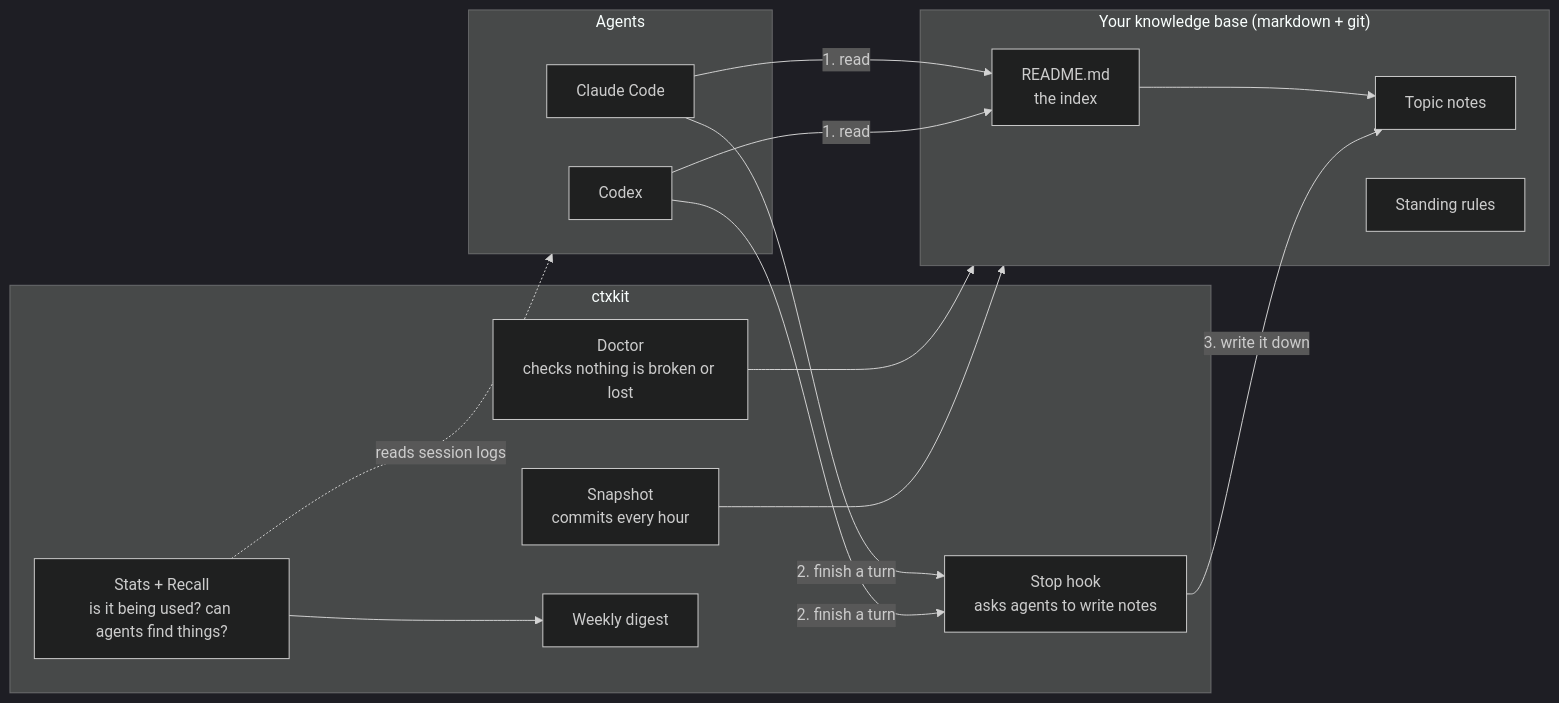
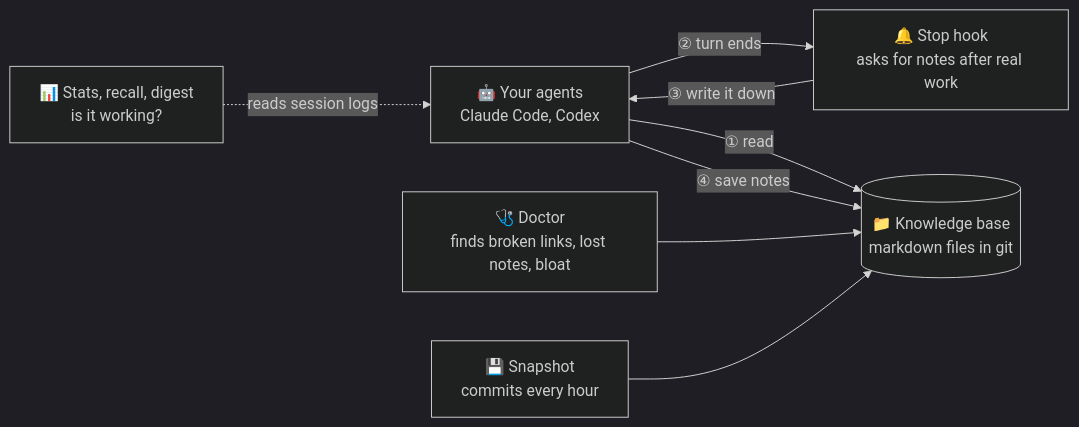
Before and after one commit to 1337mus/ctxkit: the first of 2 diagrams in README.md, drawn with Mermaid (dark theme).

Commit message:
Simplify the README architecture diagram
One agents node, short numbered edge labels, and detail moved into the
boxes, so no lines cross and the agent is shown writing the notes.

````diff
--- a/README.md
+++ b/README.md
@@ -23,32 +23,17 @@
 ```mermaid
 flowchart LR
-    subgraph Agents
-        CC["Claude Code"]
-        CX["Codex"]
-    end
+    A["🤖 Your agents<br/>Claude Code, Codex"]
+    KB[("📁 Knowledge base<br/>markdown files in git")]
+    H["🔔 Stop hook<br/>asks for notes after real work"]
+    D["🩺 Doctor<br/>finds broken links, lost notes, bloat"]
+    S["💾 Snapshot<br/>commits every hour"]
+    M["📊 Stats, recall, digest<br/>is it working?"]
 
-    subgraph KB["Your knowledge base (markdown + git)"]
-        IDX["README.md<br/>the index"]
-        NOTES["Topic notes"]
-        RULES["Standing rules"]
-    end
-
-    subgraph ctx["ctxkit"]
-        HOOK["Stop hook<br/>asks agents to write notes"]
-        DOC["Doctor<br/>checks nothing is broken or lost"]
-        SNAP["Snapshot<br/>commits every hour"]
-        STATS["Stats + Recall<br/>is it being used? can agents find things?"]
-        DIG["Weekly digest"]
-    end
-
-    CC -- "1. read" --> IDX
-    CX -- "1. read" --> IDX
-    IDX --> NOTES
-    CC -- "2. finish a turn" --> HOOK
-    CX -- "2. finish a turn" --> HOOK
-    HOOK -- "3. write it down" --> NOTES
-    DOC --> KB
-    SNAP --> KB
-    STATS -. "reads session logs" .-> Agents
-    STATS --> DIG
+    A -->|"① read"| KB
+    A -->|"② turn ends"| H
+    H -->|"③ write it down"| A
+    A -->|"④ save notes"| KB
+    D --> KB
+    S --> KB
+    M -.->|"reads session logs"| A
 ```
````
